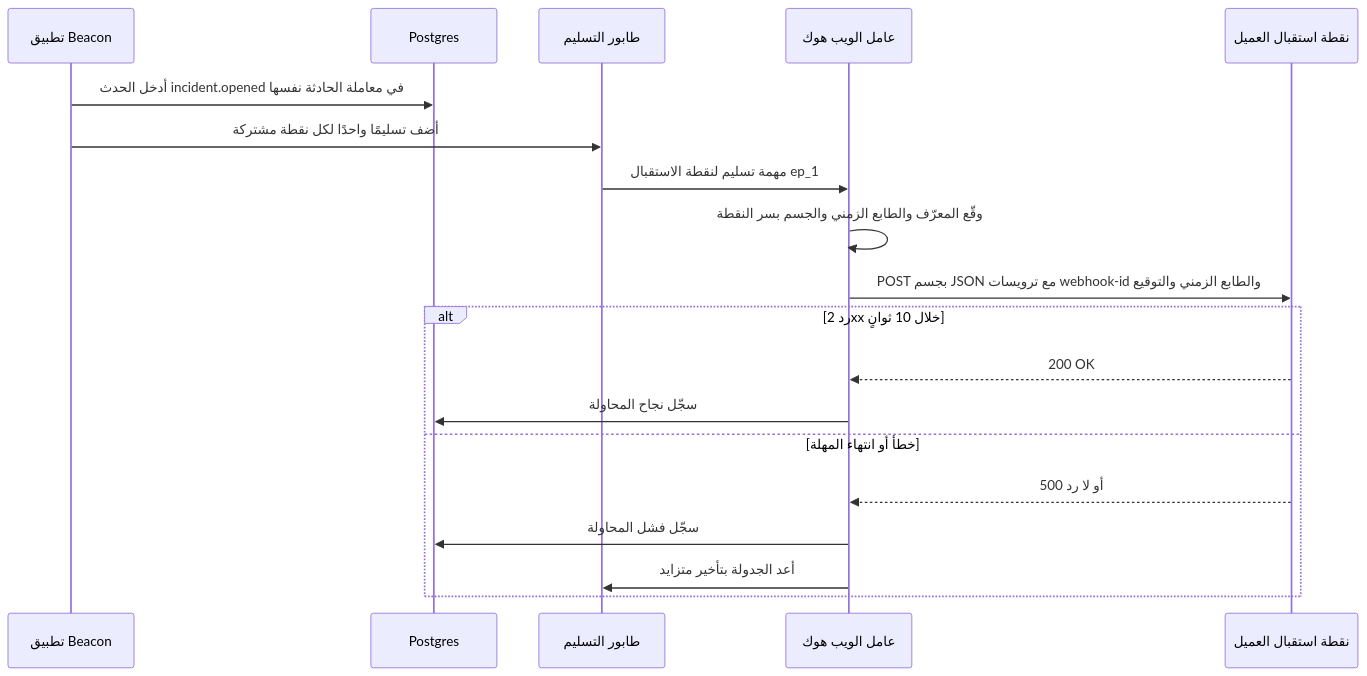
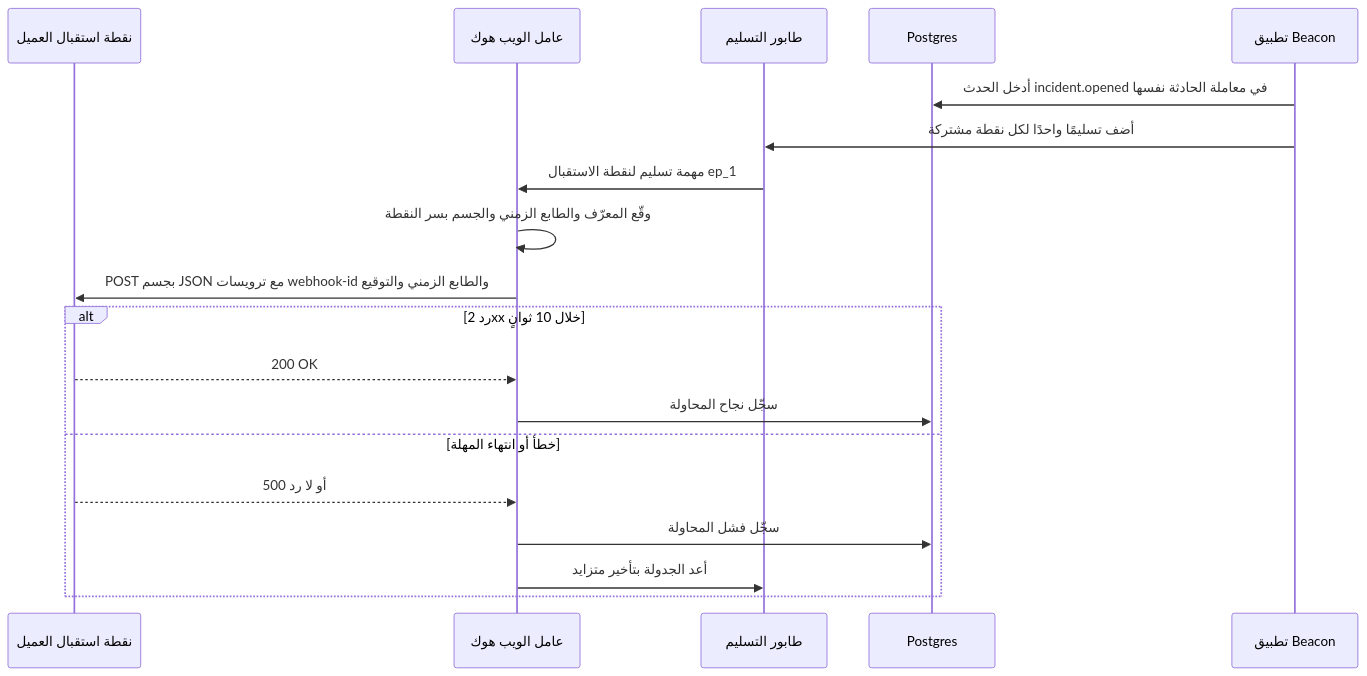
The third of 4 diagrams in saas/modules/05-background-integrations.ar.md (Tamoura/system-design-for-vibe-coders), drawn with Mermaid before and after one commit. The commit also changed other lines of this file and 31 other files, not shown here.

First line of the commit message:
Arabic editions: diagrams flow right to left

````diff
--- a/saas/modules/05-background-integrations.ar.md
+++ b/saas/modules/05-background-integrations.ar.md
@@ -602,21 +602,21 @@
 ```mermaid
 sequenceDiagram
-  participant App as تطبيق Beacon
-  participant DB as Postgres
-  participant Q as طابور التسليم
-  participant W as عامل الويب هوك
-  participant C as نقطة استقبال العميل
+    participant C as نقطة استقبال العميل
+    participant W as عامل الويب هوك
+    participant Q as طابور التسليم
+    participant DB as Postgres
+    participant App as تطبيق Beacon
   App->>DB: أدخل الحدث incident.opened في معاملة الحادثة نفسها
   App->>Q: أضف تسليمًا واحدًا لكل نقطة مشتركة
   Q->>W: مهمة تسليم لنقطة الاستقبال ep_1
   W->>W: وقّع المعرّف والطابع الزمني والجسم بسر النقطة
   W->>C: POST بجسم JSON مع ترويسات webhook-id والطابع الزمني والتوقيع
   alt رد 2xx خلال 10 ثوانٍ
     C-->>W: 200 OK
     W->>DB: سجّل نجاح المحاولة
   else خطأ أو انتهاء المهلة
     C-->>W: 500 أو لا رد
     W->>DB: سجّل فشل المحاولة
     W->>Q: أعد الجدولة بتأخير متزايد
   end
 ```
````
